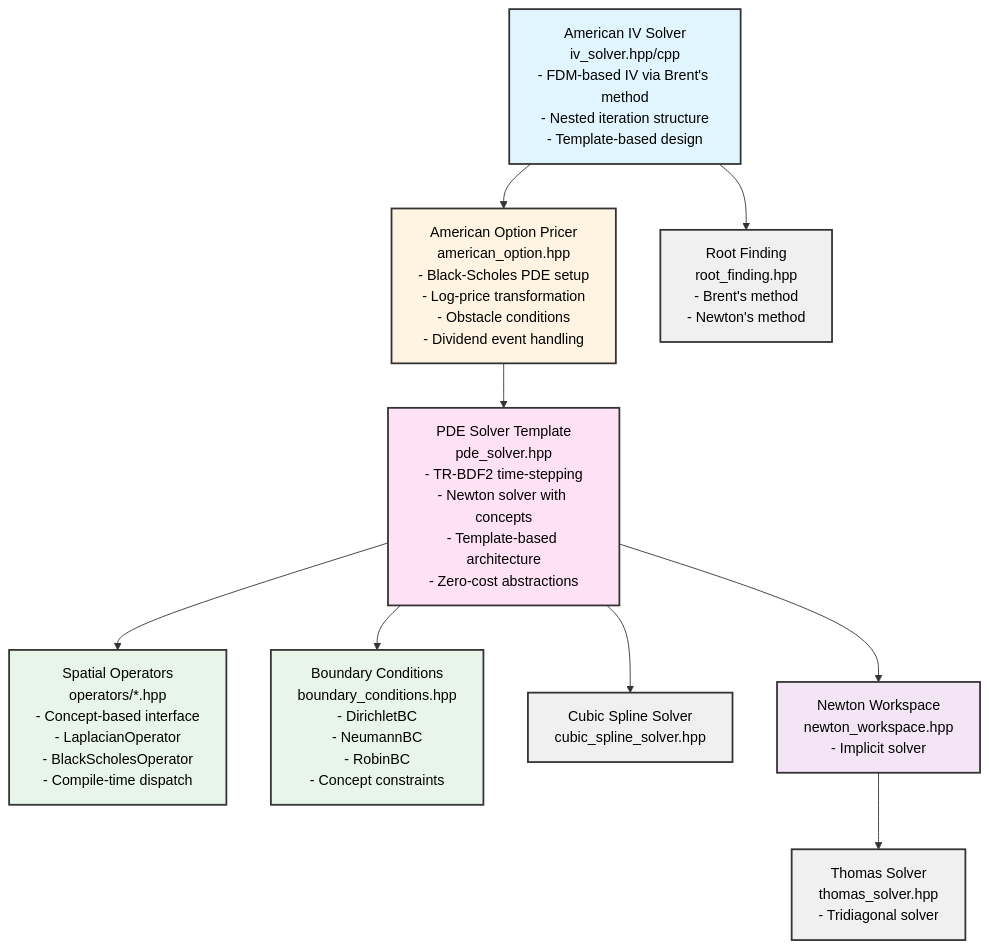
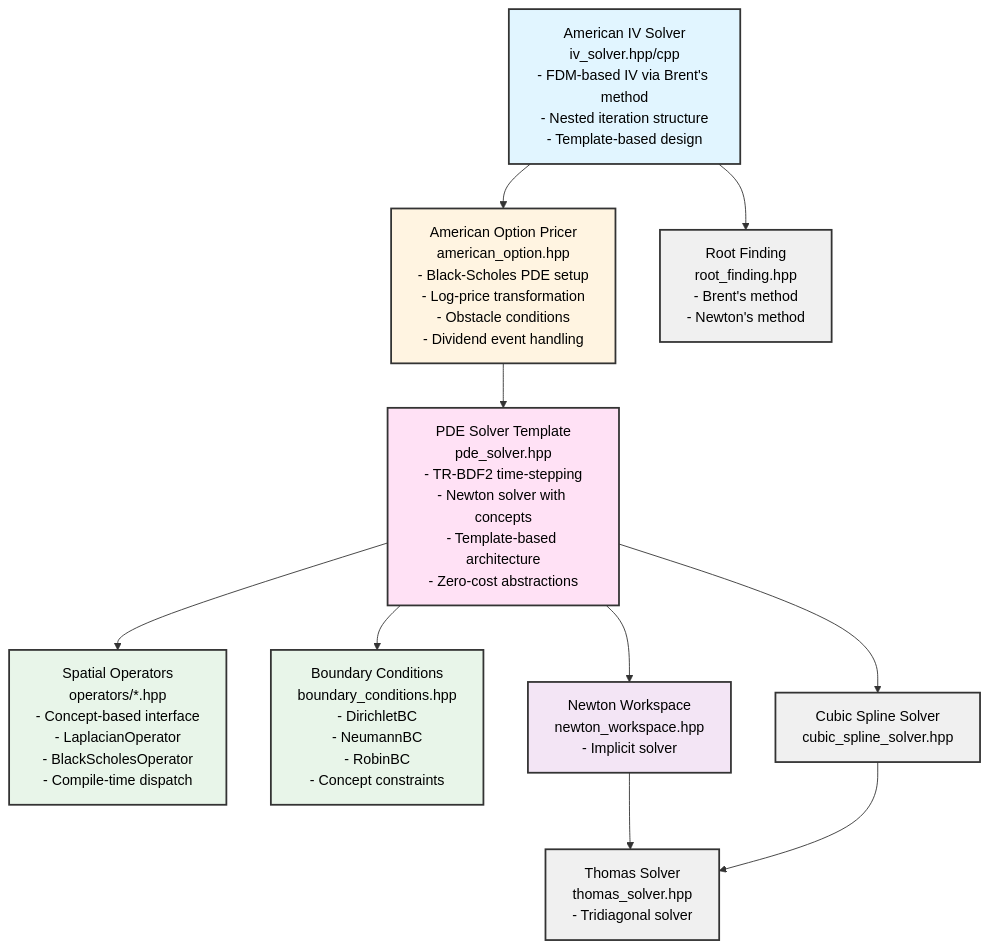
The first of 3 diagrams in docs/ARCHITECTURE.md (accelas/mango-option), drawn with Mermaid before and after one commit.

Commit message:
Add cubic spline → Thomas solver dependency in diagram
Cubic spline construction requires solving a tridiagonal system for
second derivatives (natural boundary conditions), so it depends on
the Thomas solver just like the Newton solver does.

````diff
--- a/docs/ARCHITECTURE.md
+++ b/docs/ARCHITECTURE.md
@@ -21,39 +21,40 @@
 ```mermaid
 graph TD
     IV[American IV Solver<br/>iv_solver.hpp/cpp<br/>- FDM-based IV via Brent's method<br/>- Nested iteration structure<br/>- Template-based design]
 
     AO[American Option Pricer<br/>american_option.hpp<br/>- Black-Scholes PDE setup<br/>- Log-price transformation<br/>- Obstacle conditions<br/>- Dividend event handling]
 
     PDE[PDE Solver Template<br/>pde_solver.hpp<br/>- TR-BDF2 time-stepping<br/>- Newton solver with concepts<br/>- Template-based architecture<br/>- Zero-cost abstractions]
 
     OPS[Spatial Operators<br/>operators/*.hpp<br/>- Concept-based interface<br/>- LaplacianOperator<br/>- BlackScholesOperator<br/>- Compile-time dispatch]
 
     BC[Boundary Conditions<br/>boundary_conditions.hpp<br/>- DirichletBC<br/>- NeumannBC<br/>- RobinBC<br/>- Concept constraints]
 
     ROOT[Root Finding<br/>root_finding.hpp<br/>- Brent's method<br/>- Newton's method]
 
     SPLINE[Cubic Spline Solver<br/>cubic_spline_solver.hpp]
 
     THOMAS[Thomas Solver<br/>thomas_solver.hpp<br/>- Tridiagonal solver]
 
     NEWTON[Newton Workspace<br/>newton_workspace.hpp<br/>- Implicit solver]
 
     IV --> ROOT
     IV --> AO
     AO --> PDE
     PDE --> OPS
     PDE --> BC
     PDE --> NEWTON
     PDE --> SPLINE
     NEWTON --> THOMAS
+    SPLINE --> THOMAS
 
     style IV fill:#e1f5ff,stroke:#333,stroke-width:2px,color:#000
     style AO fill:#fff4e1,stroke:#333,stroke-width:2px,color:#000
     style PDE fill:#ffe1f5,stroke:#333,stroke-width:2px,color:#000
     style OPS fill:#e8f5e9,stroke:#333,stroke-width:2px,color:#000
     style BC fill:#e8f5e9,stroke:#333,stroke-width:2px,color:#000
     style ROOT fill:#f0f0f0,stroke:#333,stroke-width:2px,color:#000
     style SPLINE fill:#f0f0f0,stroke:#333,stroke-width:2px,color:#000
     style THOMAS fill:#f0f0f0,stroke:#333,stroke-width:2px,color:#000
     style NEWTON fill:#f3e5f5,stroke:#333,stroke-width:2px,color:#000
 ```
````
